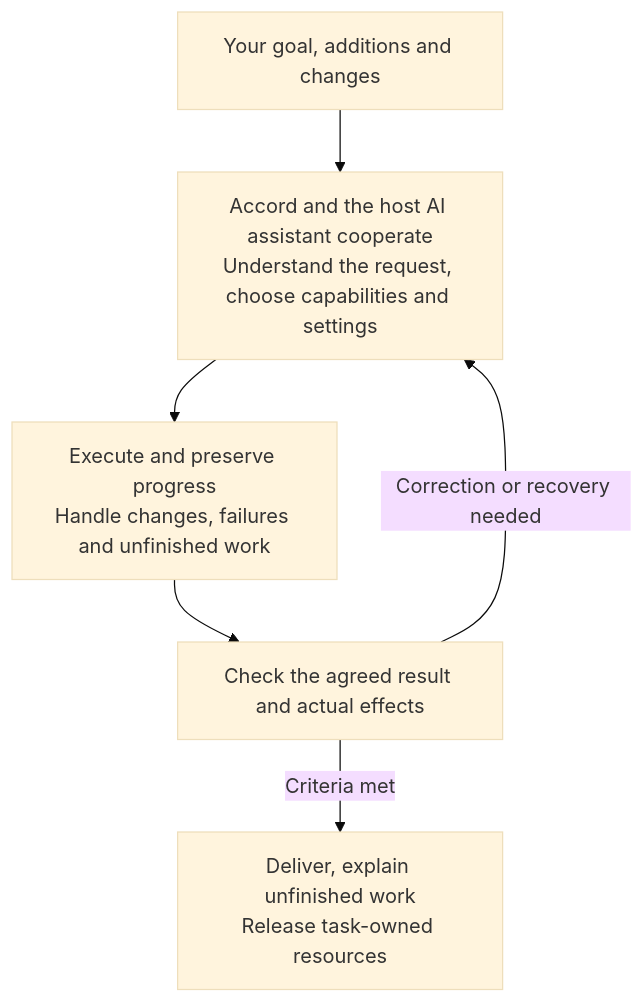
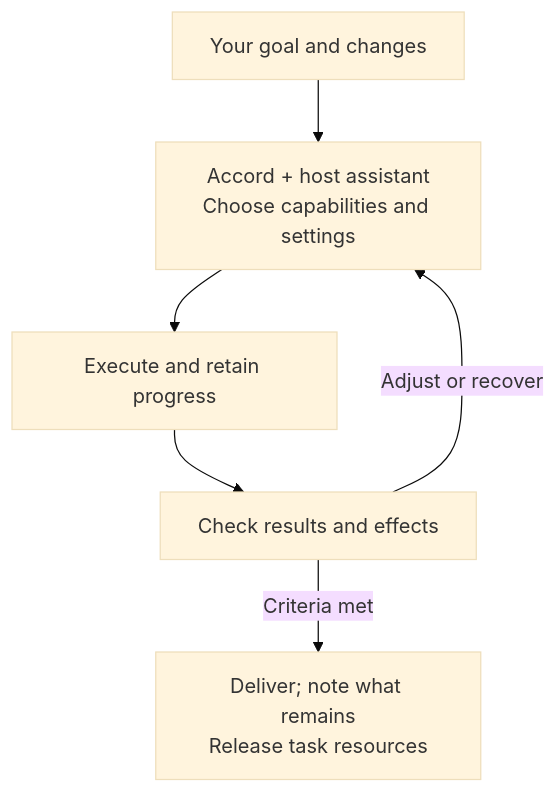
One commit to yiheng8023/YIYUAN-Accord changed the diagram in README.md. Above: the diagram before and after it, drawn with Mermaid (base theme). The commit also changed 1 other file, not shown here.

Commit message:
docs: shorten overview diagram labels for readability [skip ci]

````diff
--- a/README.md
+++ b/README.md
@@ -47,8 +47,8 @@
 ```mermaid
 flowchart TD
-    U["Your goal, additions and changes"] --> A["Accord and the host AI assistant cooperate<br/>Understand the request, choose capabilities and settings"]
-    A --> E["Execute and preserve progress<br/>Handle changes, failures and unfinished work"]
-    E --> V["Check the agreed result and actual effects"]
-    V -->|Correction or recovery needed| A
-    V -->|Criteria met| R["Deliver, explain unfinished work<br/>Release task-owned resources"]
+    U["Your goal and changes"] --> A["Accord + host assistant<br/>Choose capabilities and settings"]
+    A --> E["Execute and retain progress"]
+    E --> V["Check results and effects"]
+    V -->|Adjust or recover| A
+    V -->|Criteria met| R["Deliver; note what remains<br/>Release task resources"]
 ```
````
